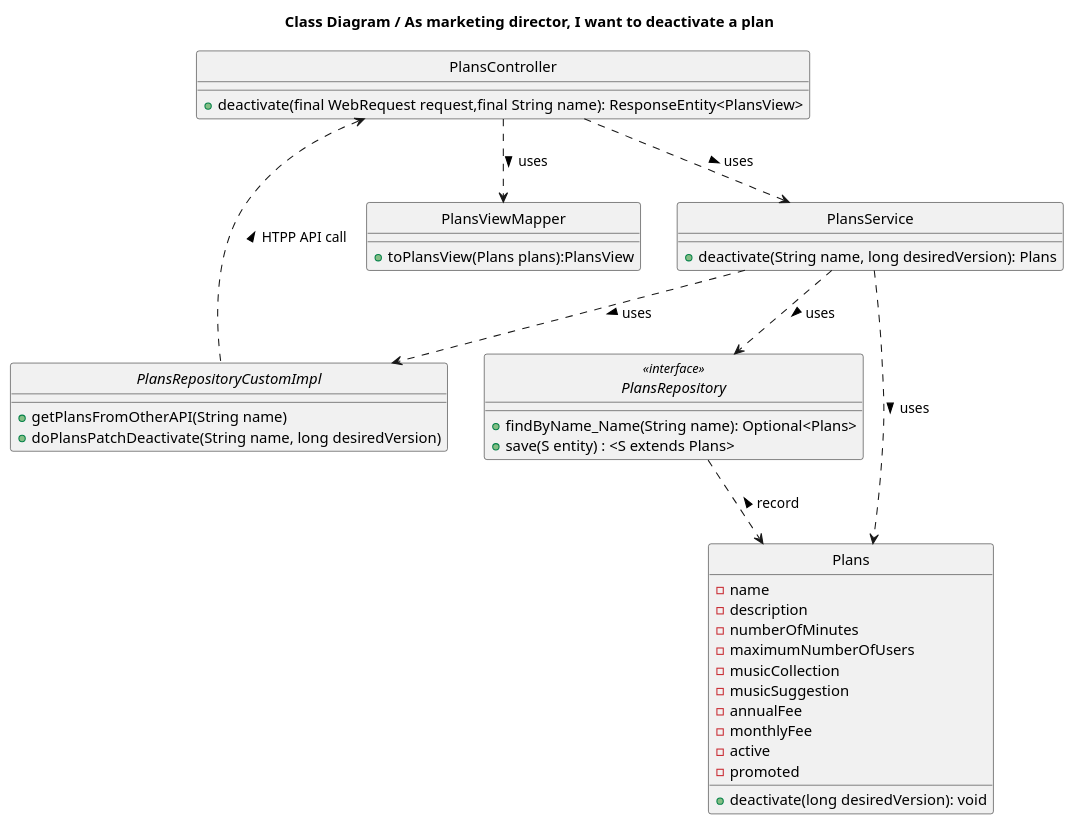
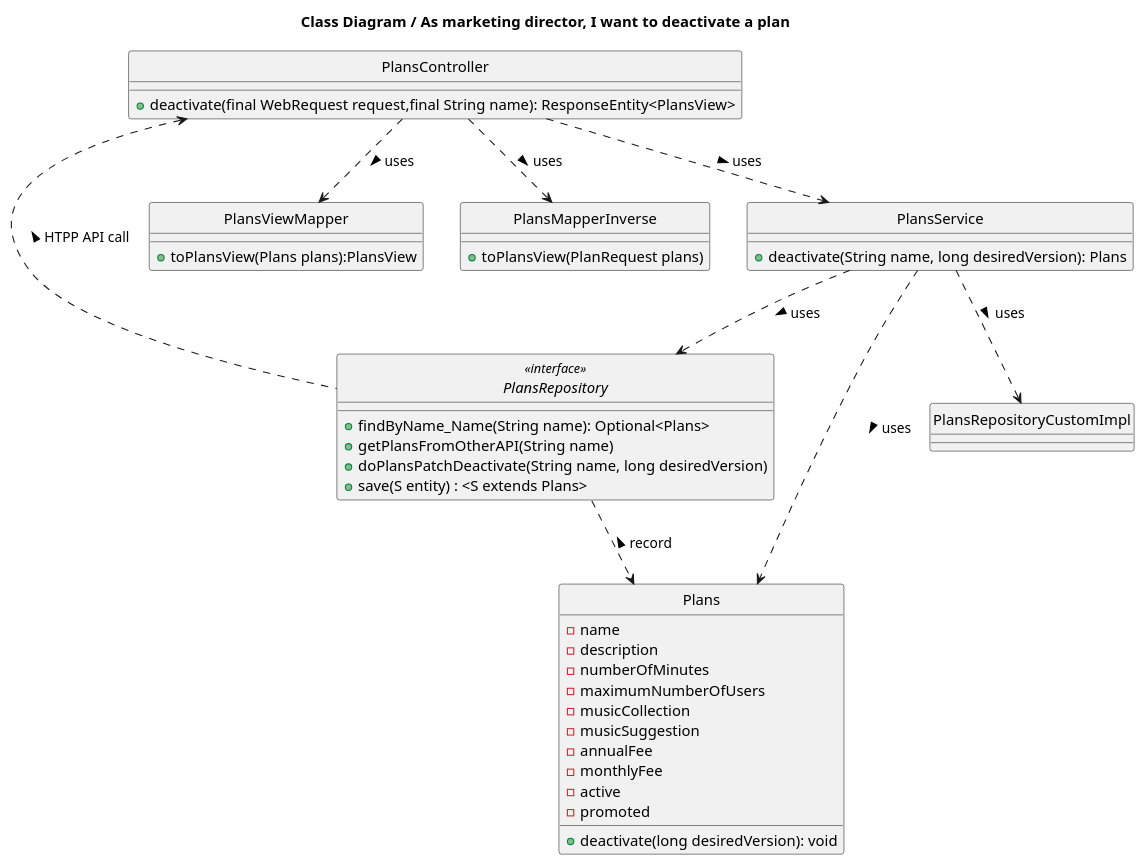
The diagram in docs_sidis/Plans/WP#1A/US02/CD.puml (IsepMartimOliveira/SIDIS), drawn with PlantUML before and after one commit. The commit also changed 12 other files, not shown here.

```diff
--- a/docs_sidis/Plans/WP#1A/US02/CD.puml
+++ b/docs_sidis/Plans/WP#1A/US02/CD.puml
@@ -1,49 +1,51 @@
 @startuml
 'https://plantuml.com/class-diagram
 hide circle
 class PlansRepository <<interface>>
 
 title Class Diagram / As marketing director, I want to deactivate a plan
 
 class Plans{
     -name
     - description
     - numberOfMinutes
     -maximumNumberOfUsers
     -musicCollection
      -musicSuggestion
      -annualFee
      -monthlyFee
      -active
      -promoted
      +deactivate(long desiredVersion): void
 }
 class PlansViewMapper{
     +toPlansView(Plans plans):PlansView
 }
+class PlansMapperInverse{
+    +toPlansView(PlanRequest plans)
+}
 class PlansController{
     +deactivate(final WebRequest request,final String name): ResponseEntity<PlansView>
    }
 class PlansService{
  +deactivate(String name, long desiredVersion): Plans
 
 }
 interface PlansRepository
 {
 +findByName_Name(String name): Optional<Plans>
++ getPlansFromOtherAPI(String name)
++ doPlansPatchDeactivate(String name, long desiredVersion)
 +save(S entity) : <S extends Plans>
 }
-interface PlansRepositoryCustomImpl
-{
-+ getPlansFromOtherAPI(String name)
-+ doPlansPatchDeactivate(String name, long desiredVersion)
-}
+
 
 PlansController ..> PlansService: uses >
 PlansService ..> PlansRepository: uses >
 PlansService ..> PlansRepositoryCustomImpl: uses >
 PlansRepository ..> Plans: < record
-PlansRepositoryCustomImpl ..left>PlansController: HTPP API call >
+PlansRepository ..left>PlansController: HTPP API call >
 PlansService ..> Plans: uses >
+PlansController ..> PlansMapperInverse: uses >
 PlansController ..>PlansViewMapper: uses >
 @enduml
```
